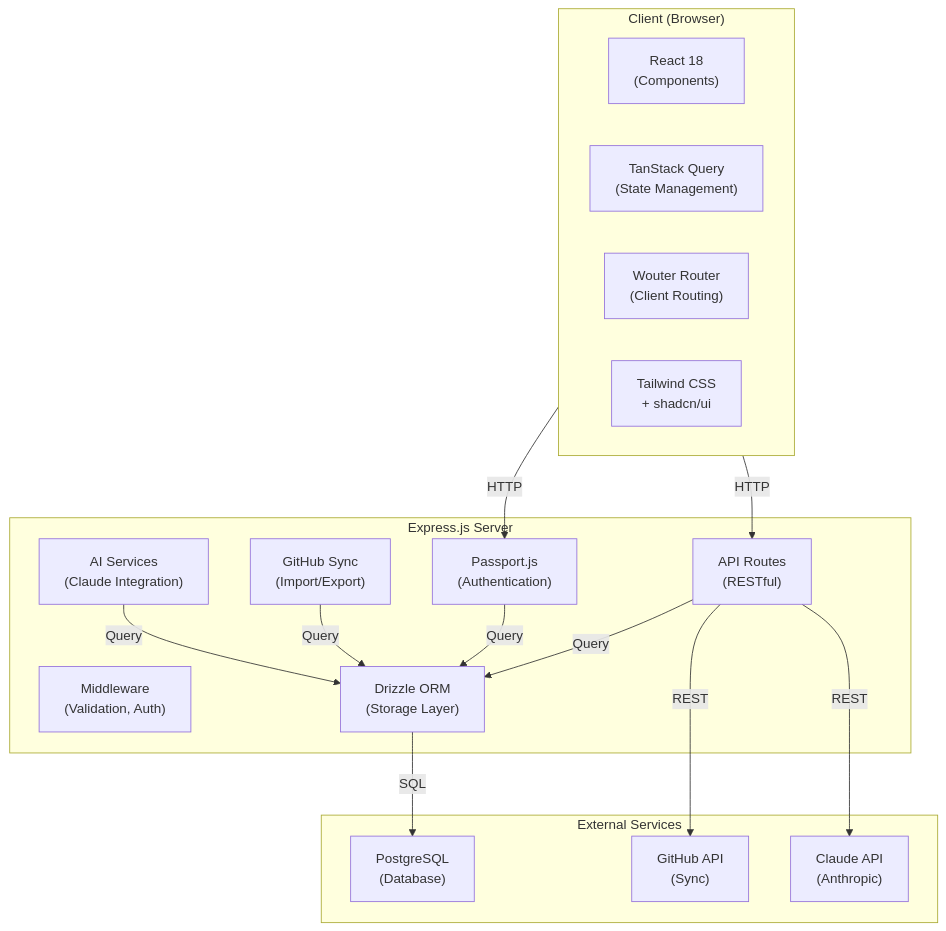
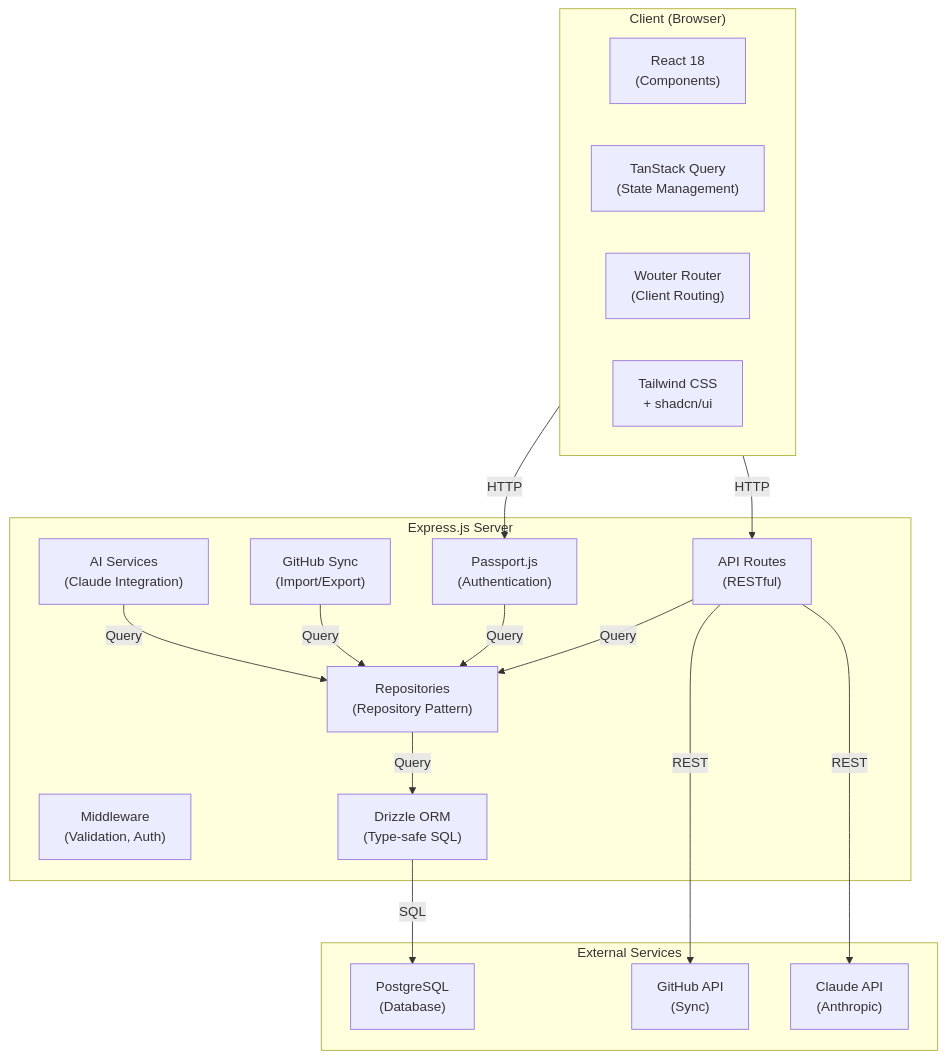
Before and after one commit to krzemienski/awesome-list-site: the first of 7 diagrams in docs/ARCHITECTURE.md, drawn with Mermaid. The commit also changed other lines of this file, not shown here.

First line of the commit message:
auto-claude: subtask-5-3 - Update ARCHITECTURE.md with repository pattern

````diff
--- a/docs/ARCHITECTURE.md
+++ b/docs/ARCHITECTURE.md
@@ -11,34 +11,36 @@
 ```mermaid
 graph TB
     subgraph Client["Client (Browser)"]
         React["React 18<br/>(Components)"]
         TQ["TanStack Query<br/>(State Management)"]
         Router["Wouter Router<br/>(Client Routing)"]
         UI["Tailwind CSS<br/>+ shadcn/ui"]
     end
 
     subgraph Server["Express.js Server"]
         Routes["API Routes<br/>(RESTful)"]
         Auth["Passport.js<br/>(Authentication)"]
         Middleware["Middleware<br/>(Validation, Auth)"]
-        Storage["Drizzle ORM<br/>(Storage Layer)"]
+        Repos["Repositories<br/>(Repository Pattern)"]
+        ORM["Drizzle ORM<br/>(Type-safe SQL)"]
         GitHub["GitHub Sync<br/>(Import/Export)"]
         AI["AI Services<br/>(Claude Integration)"]
     end
 
     subgraph External["External Services"]
         DB["PostgreSQL<br/>(Database)"]
         GH["GitHub API<br/>(Sync)"]
         Claude["Claude API<br/>(Anthropic)"]
     end
 
     Client -->|HTTP| Routes
     Client -->|HTTP| Auth
-    Routes -->|Query| Storage
-    Auth -->|Query| Storage
-    Storage -->|SQL| DB
-    GitHub -->|Query| Storage
-    AI -->|Query| Storage
+    Routes -->|Query| Repos
+    Auth -->|Query| Repos
+    Repos -->|Query| ORM
+    ORM -->|SQL| DB
+    GitHub -->|Query| Repos
+    AI -->|Query| Repos
     Routes -->|REST| GH
     Routes -->|REST| Claude
 ```
````
